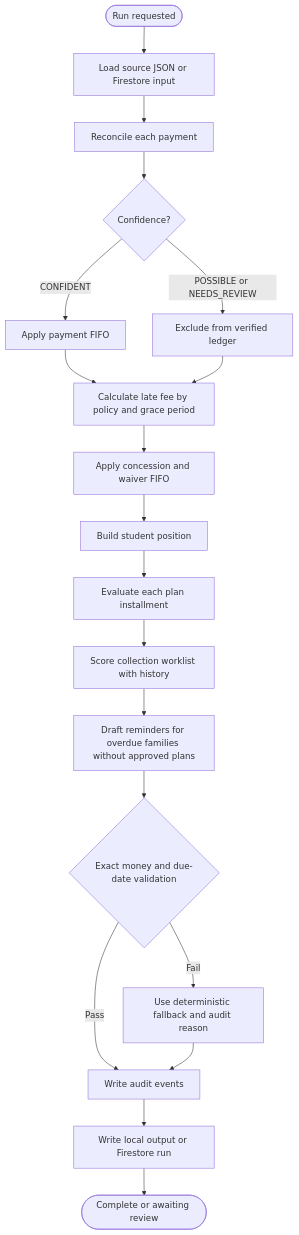
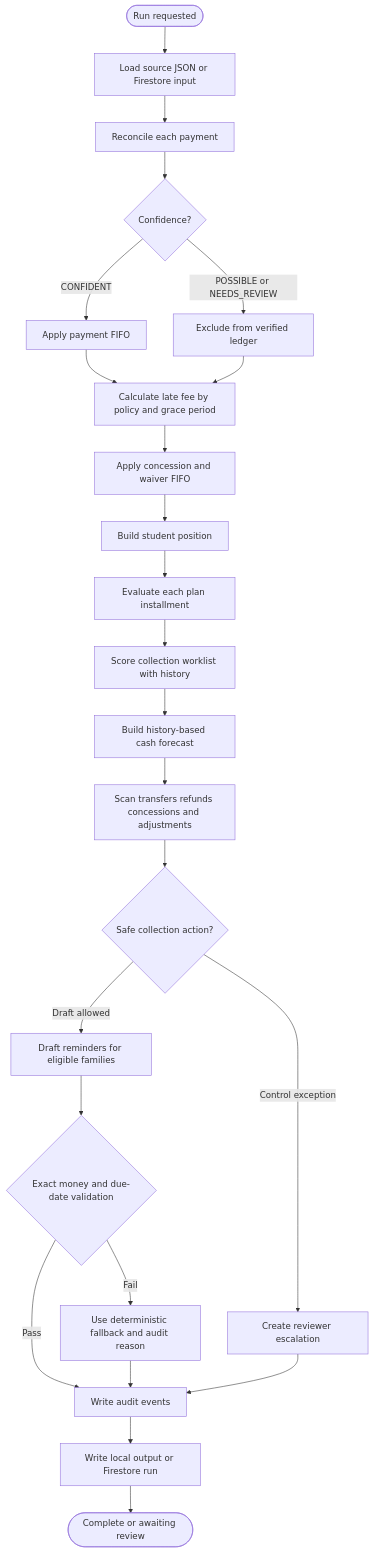
Before and after one commit to SheeshDarth/fee-finance-agent: the second of 4 diagrams in docs/diagrams.md, drawn with Mermaid. The commit also changed other lines of this file and 23 other files, not shown here.

```diff
--- a/docs/diagrams.md
+++ b/docs/diagrams.md
@@ -64,21 +71,26 @@
 ~~~mermaid
 flowchart TD
   Start([Run requested]) --> Ingest[Load source JSON or Firestore input]
   Ingest --> Match[Reconcile each payment]
   Match --> Gate{Confidence?}
   Gate -->|CONFIDENT| Apply[Apply payment FIFO]
   Gate -->|POSSIBLE or NEEDS_REVIEW| Hold[Exclude from verified ledger]
   Apply --> Fees[Calculate late fee by policy and grace period]
   Hold --> Fees
   Fees --> Adjust[Apply concession and waiver FIFO]
   Adjust --> Position[Build student position]
   Position --> Plan[Evaluate each plan installment]
   Plan --> Score[Score collection worklist with history]
-  Score --> Draft[Draft reminders for overdue families without approved plans]
+  Score --> Forecast[Build history-based cash forecast]
+  Forecast --> Controls[Scan transfers refunds concessions and adjustments]
+  Controls --> Route{Safe collection action?}
+  Route -->|Draft allowed| Draft[Draft reminders for eligible families]
+  Route -->|Control exception| Escalate[Create reviewer escalation]
   Draft --> Validate{Exact money and due-date validation}
   Validate -->|Pass| Audit[Write audit events]
   Validate -->|Fail| Fallback[Use deterministic fallback and audit reason]
   Fallback --> Audit
+  Escalate --> Audit
   Audit --> Publish[Write local output or Firestore run]
   Publish --> End([Complete or awaiting review])
 ~~~
```
